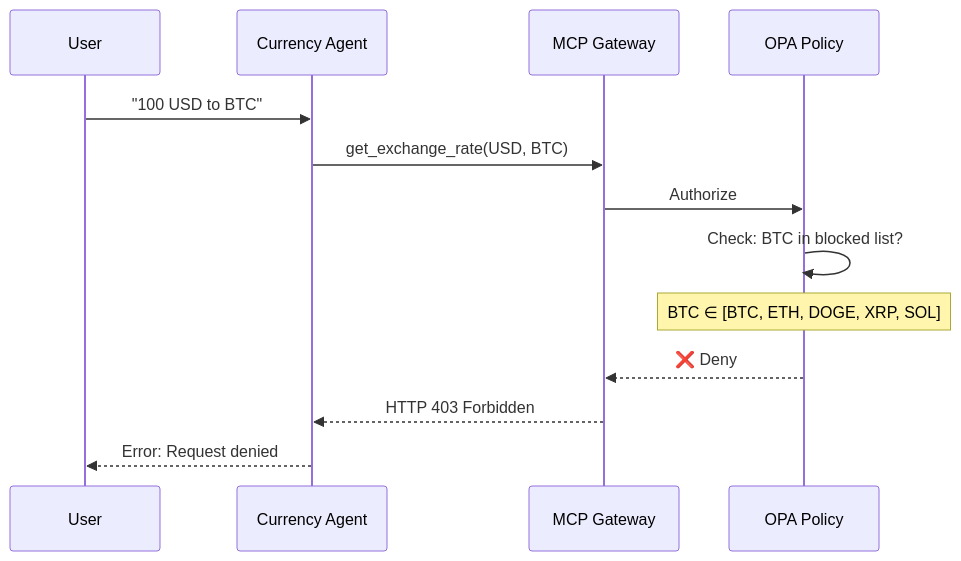
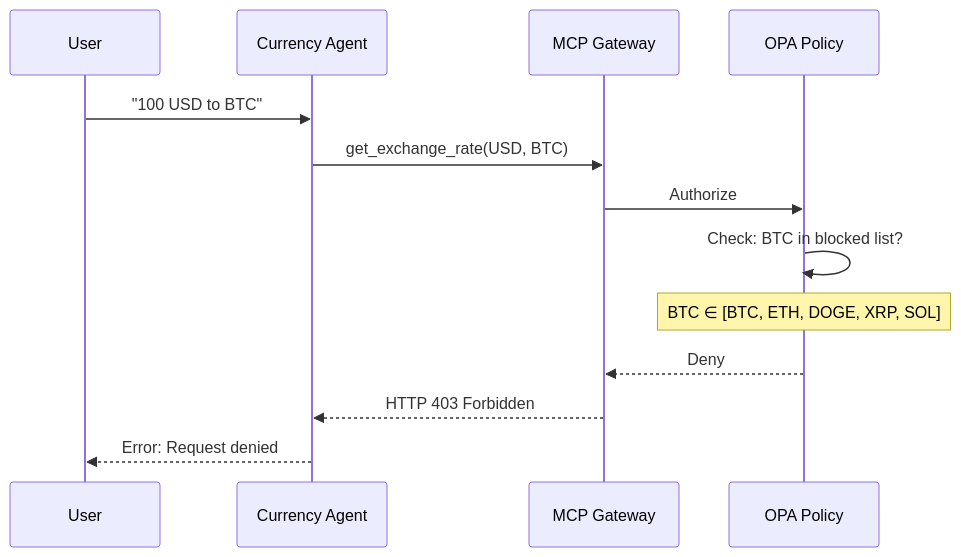
Before and after one commit to rrbanda/agent-sandbox-ocp: the diagram in docs/workshop/04-deploy-and-test/04-test-blocked.md, drawn with Mermaid. The commit also changed other lines of this file and 23 other files, not shown here.

````diff
--- a/docs/workshop/04-deploy-and-test/04-test-blocked.md
+++ b/docs/workshop/04-deploy-and-test/04-test-blocked.md
@@ -47,16 +47,16 @@
 ```mermaid
 sequenceDiagram
     participant User
     participant Agent as Currency Agent
     participant Gateway as MCP Gateway
     participant OPA as OPA Policy
     
     User->>Agent: "100 USD to BTC"
     Agent->>Gateway: get_exchange_rate(USD, BTC)
     Gateway->>OPA: Authorize
     OPA->>OPA: Check: BTC in blocked list?
     Note over OPA: BTC ∈ [BTC, ETH, DOGE, XRP, SOL]
-    OPA-->>Gateway: ❌ Deny
+    OPA-->>Gateway:  Deny
     Gateway-->>Agent: HTTP 403 Forbidden
     Agent-->>User: Error: Request denied
 ```
````
